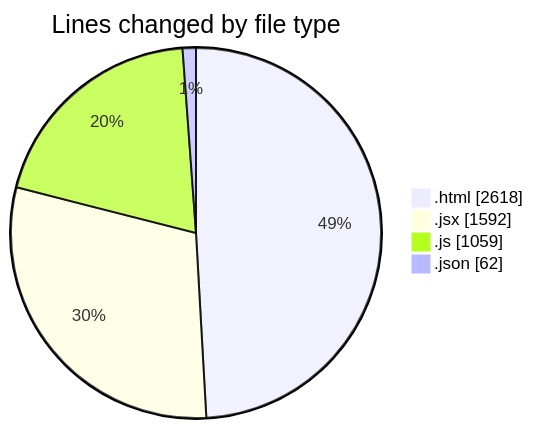
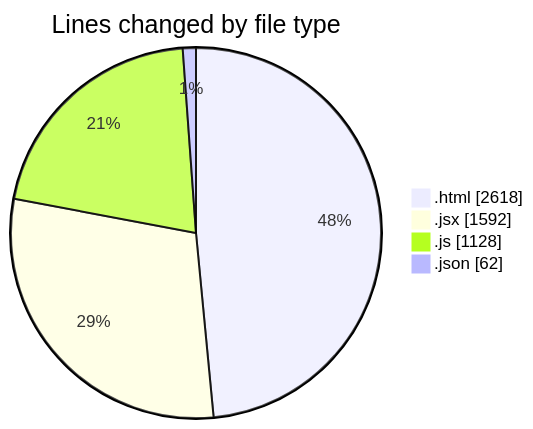
The first of 2 diagrams in 2025-08-08/nxtqube_webapp/README.md (nxtqubesakshisongat/code-tracking), drawn with Mermaid before and after one commit. The commit also changed other lines of this file and 1 other file, not shown here.

````diff
--- a/2025-08-08/nxtqube_webapp/README.md
+++ b/2025-08-08/nxtqube_webapp/README.md
@@ -24,8 +24,8 @@
 ```mermaid
 pie showData
 title Lines changed by file type
 ".html" : 2618
 ".jsx" : 1592
-".js" : 1059
+".js" : 1128
 ".json" : 62
 ```
````
